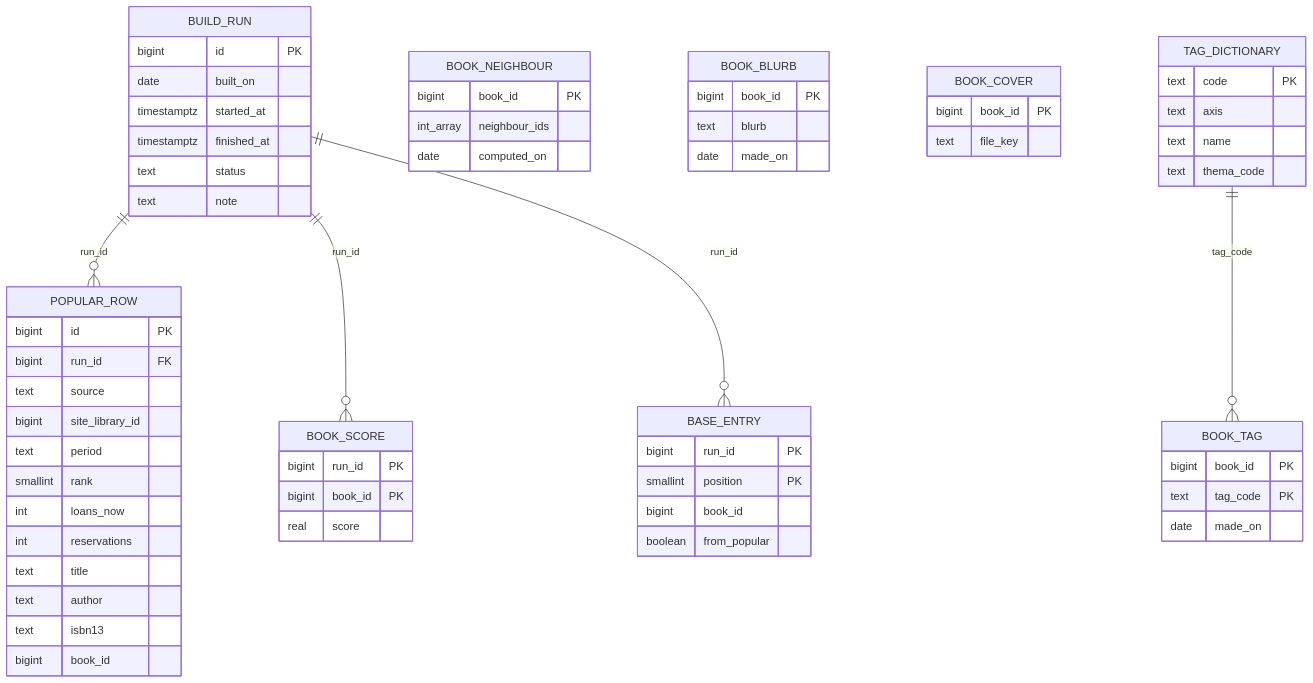
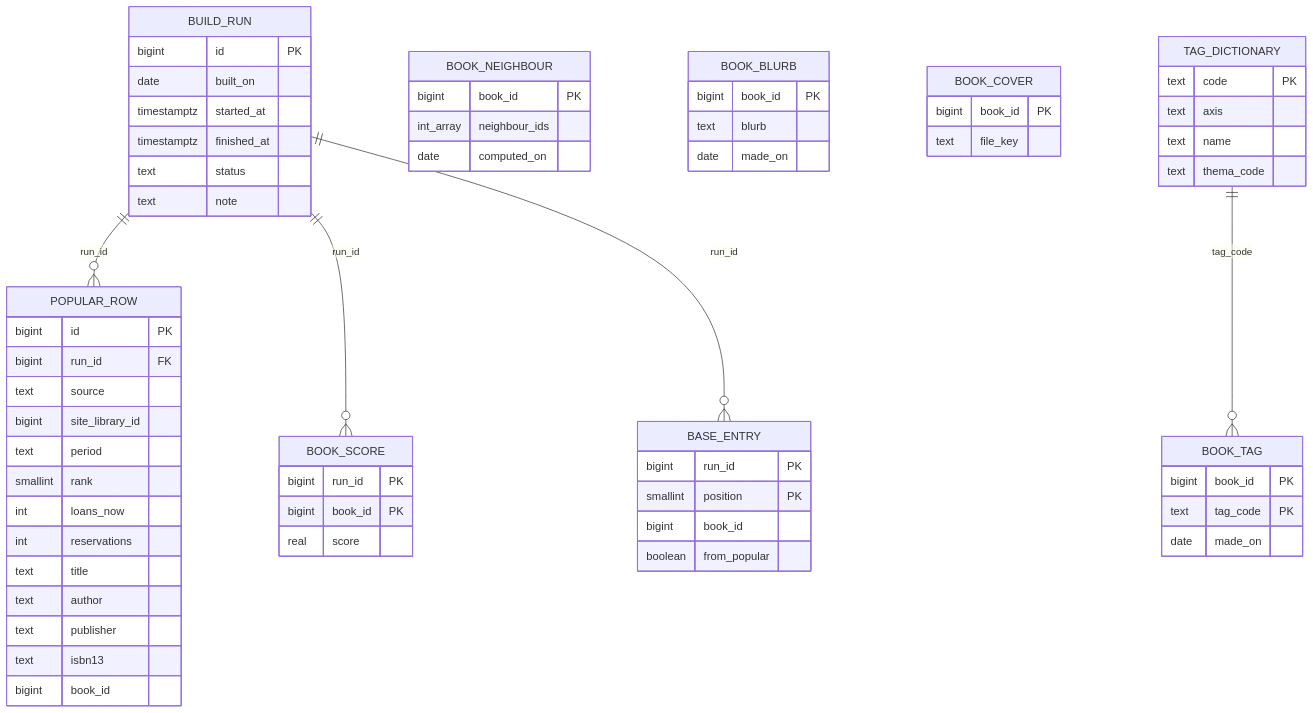
Before and after one commit to hodu-sketch/chaekcheck-plan: the seventh of 7 diagrams in docs/cycles/23-for-you-picks/design-delta.md, drawn with Mermaid. The commit also changed other lines of this file and 2 other files, not shown here.

````diff
--- a/docs/cycles/23-for-you-picks/design-delta.md
+++ b/docs/cycles/23-for-you-picks/design-delta.md
@@ -240,65 +240,66 @@
 ```mermaid
 erDiagram
   BUILD_RUN {
     bigint id PK
     date built_on
     timestamptz started_at
     timestamptz finished_at
     text status
     text note
   }
   POPULAR_ROW {
     bigint id PK
     bigint run_id FK
     text source
     bigint site_library_id
     text period
     smallint rank
     int loans_now
     int reservations
     text title
     text author
+    text publisher
     text isbn13
     bigint book_id
   }
   BOOK_SCORE {
     bigint run_id PK
     bigint book_id PK
     real score
   }
   BASE_ENTRY {
     bigint run_id PK
     smallint position PK
     bigint book_id
     boolean from_popular
   }
   BOOK_NEIGHBOUR {
     bigint book_id PK
     int_array neighbour_ids
     date computed_on
   }
   BOOK_BLURB {
     bigint book_id PK
     text blurb
     date made_on
   }
   BOOK_COVER {
     bigint book_id PK
     text file_key
   }
   TAG_DICTIONARY {
     text code PK
     text axis
     text name
     text thema_code
   }
   BOOK_TAG {
     bigint book_id PK
     text tag_code PK
     date made_on
   }
   BUILD_RUN ||--o{ POPULAR_ROW : run_id
   BUILD_RUN ||--o{ BOOK_SCORE : run_id
   BUILD_RUN ||--o{ BASE_ENTRY : run_id
   TAG_DICTIONARY ||--o{ BOOK_TAG : tag_code
 ```
````
